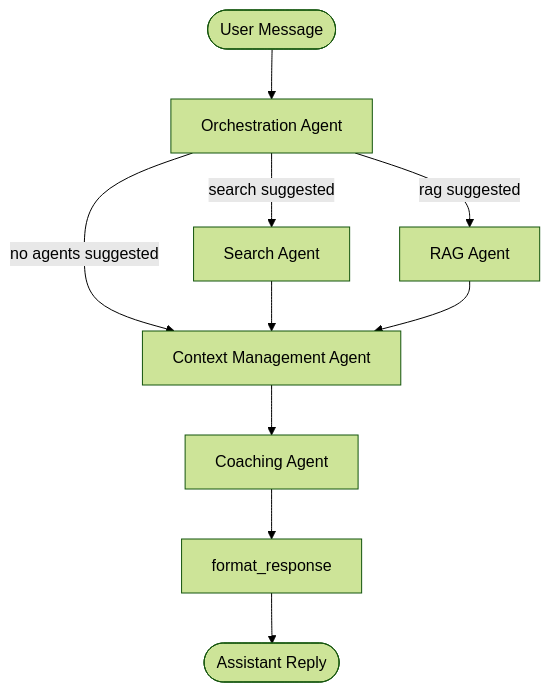
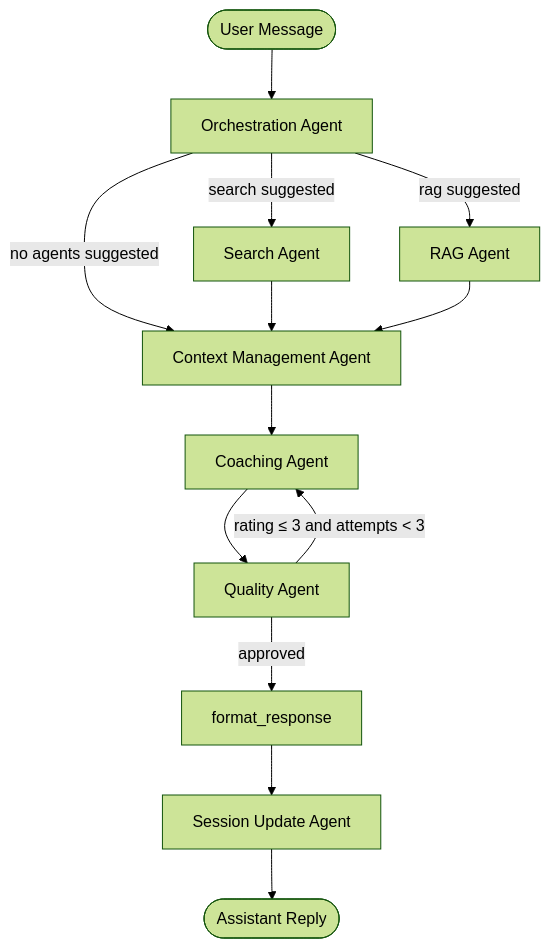
Before and after one commit to BenDundee/mentat: the first of 2 diagrams in docs/agent-interactions.md, drawn with Mermaid (forest theme). The commit also changed other lines of this file and 3 other files, not shown here.

First line of the commit message:
docs: update architecture docs to reflect current implementation

````diff
--- a/docs/agent-interactions.md
+++ b/docs/agent-interactions.md
@@ -10,15 +10,20 @@
 ```mermaid
 flowchart TD
     START([User Message]) --> orch[Orchestration Agent]
 
     orch -->|search suggested| search[Search Agent]
     orch -->|rag suggested| rag[RAG Agent]
     orch -->|no agents suggested| cm[Context Management Agent]
 
     search --> cm
     rag --> cm
 
     cm --> coach[Coaching Agent]
-    coach --> fmt[format_response]
-    fmt --> END([Assistant Reply])
+    coach --> quality[Quality Agent]
+
+    quality -->|rating ≤ 3 and attempts < 3| coach
+    quality -->|approved| fmt[format_response]
+
+    fmt --> su[Session Update Agent]
+    su --> END([Assistant Reply])
 ```
````
